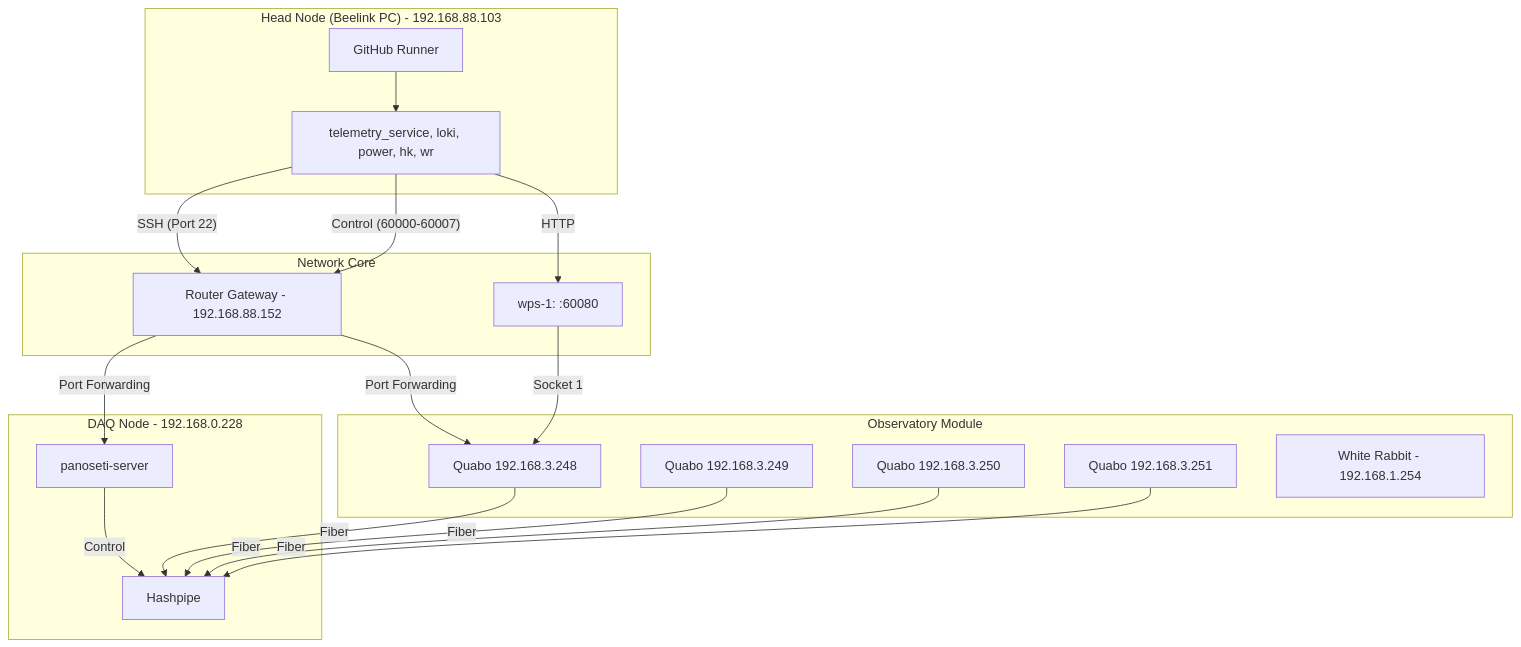
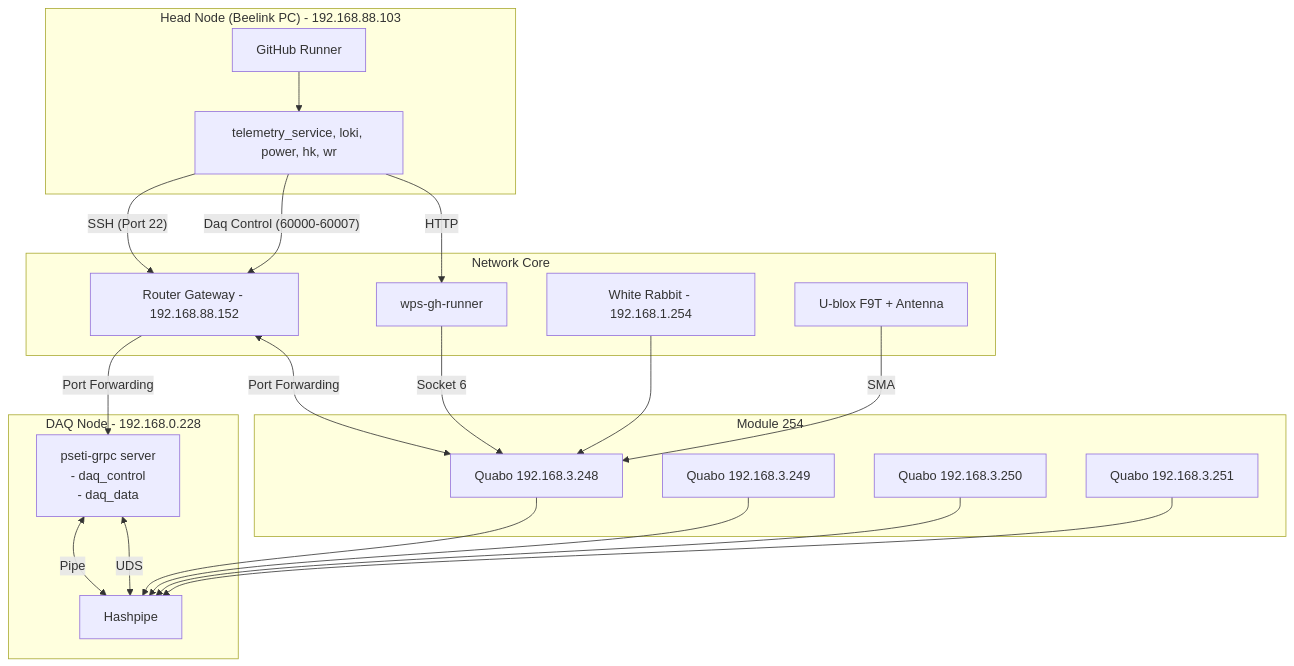
Before and after one commit to panoseti/panoseti: the diagram in control/TEST-HW-SW.md, drawn with Mermaid. The commit also changed other lines of this file and 2 other files, not shown here.

Commit message:
docs: update TEST-HW-SW docs

````diff
--- a/control/TEST-HW-SW.md
+++ b/control/TEST-HW-SW.md
@@ -9,35 +9,44 @@
 ```mermaid
 graph TD
     subgraph "Head Node (Beelink PC) - 192.168.88.103"
         HN_S[telemetry_service, loki, power, hk, wr]
         GHR[GitHub Runner]
     end
 
     subgraph "Network Core"
         R[Router Gateway - 192.168.88.152]
-        WPS[wps-1: :60080]
+        WPS[wps-gh-runner]
+        WR[White Rabbit - 192.168.1.254]
+        GNSS[U-blox F9T + Antenna]
     end
 
     subgraph "DAQ Node - 192.168.0.228"
-        DN_S[panoseti-server]
+        DN_S["
+        pseti-grpc server
+        - daq_control
+        - daq_data
+        "]
         HP[Hashpipe]
     end
 
-    subgraph "Observatory Module"
-        Q1[Quabo 192.168.3.248]
-        Q2[Quabo 192.168.3.249]
-        Q3[Quabo 192.168.3.250]
-        Q4[Quabo 192.168.3.251]
-        WR[White Rabbit - 192.168.1.254]
+    subgraph "Module 254" 
+        Q0[Quabo 192.168.3.248]
+        Q1[Quabo 192.168.3.249]
+        Q2[Quabo 192.168.3.250]
+        Q3[Quabo 192.168.3.251]
     end
+
+    WR --> Q0
 
     GHR --> HN_S
     HN_S -- "SSH (Port 22)" --> R
     R -- "Port Forwarding" --> DN_S
-    HN_S -- "Control (60000-60007)" --> R
-    R -- "Port Forwarding" --> Q1
+    HN_S -- "Daq Control (60000-60007)" --> R
+    R <-- "Port Forwarding" --> Q0
     HN_S -- "HTTP" --> WPS
-    DN_S -- "Control" --> HP
-    Q1 & Q2 & Q3 & Q4 -- "Fiber" --> HP
-    WPS -- "Socket 1" --> Q1
+    DN_S <-- "Pipe" --> HP
+    DN_S <-- "UDS" --> HP
+    Q0 & Q1 & Q2 & Q3 --> HP
+    WPS -- "Socket 6" --> Q0
+    GNSS -- "SMA" --> Q0
 ```
````
